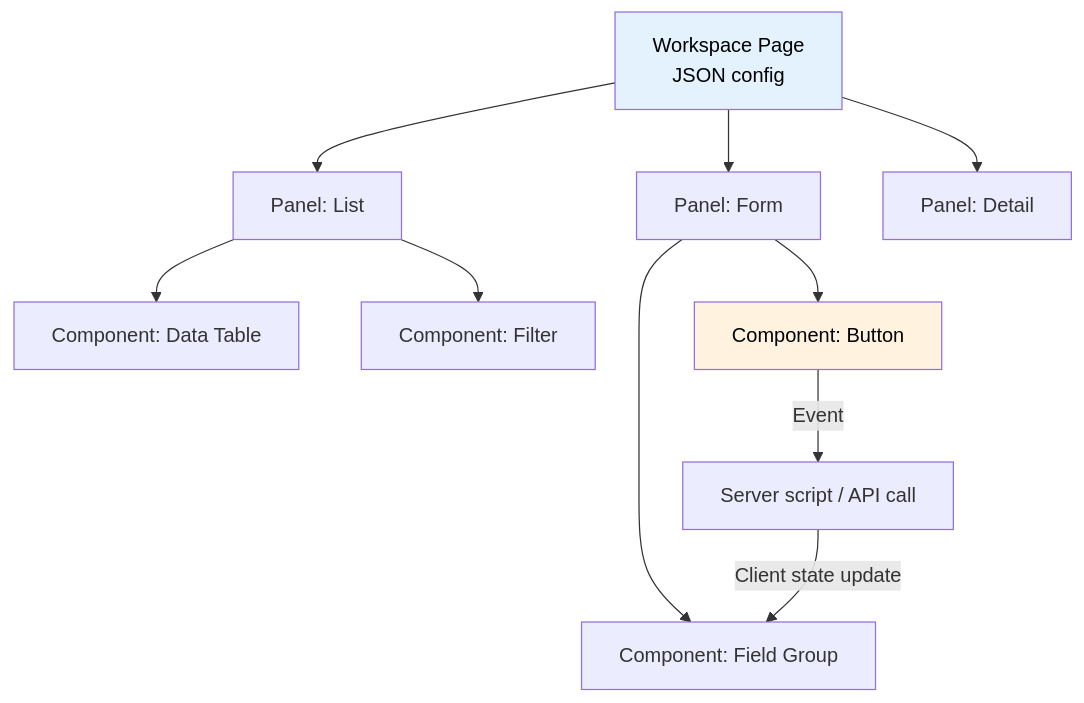
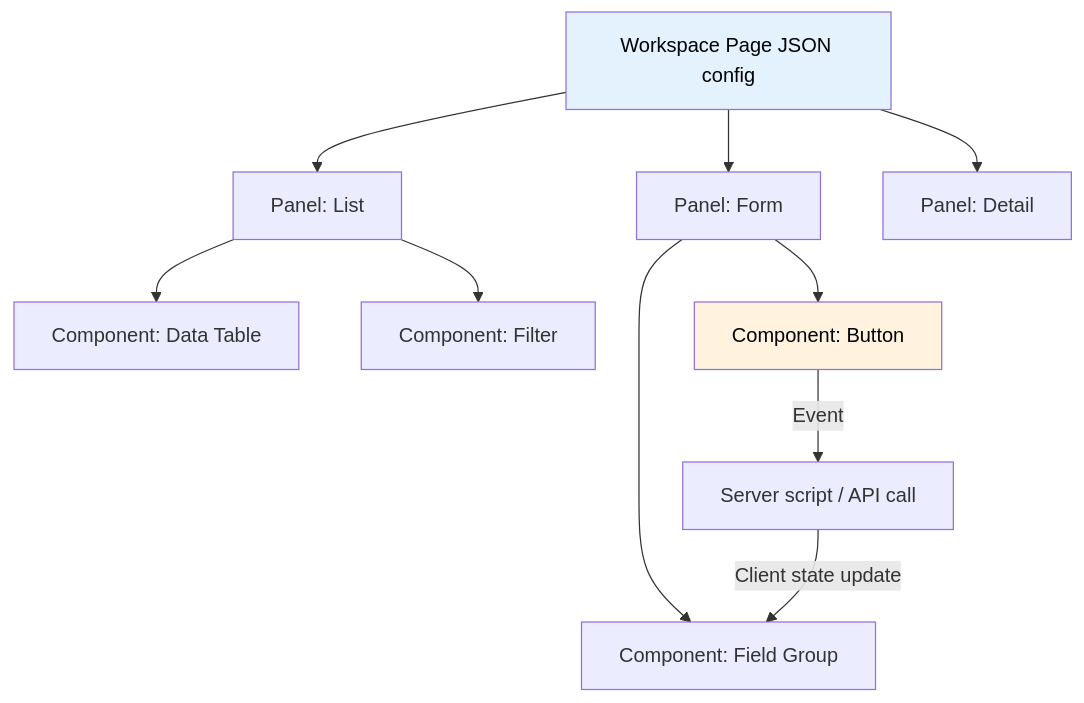
Before and after one commit to eltonaguiar/ServiceNow_Learning_TSOM-_CSM_FSM_SalesCRM_HAM_ITSM: the fourth of 5 diagrams in docs/modules/app-engine/app-engine-guide.md, drawn with Mermaid. The commit also changed other lines of this file and 11 other files, not shown here.

First line of the commit message:
Fix all mermaid diagrams: remove br/ tags that break rendering on GitHub Pages

````diff
--- a/docs/modules/app-engine/app-engine-guide.md
+++ b/docs/modules/app-engine/app-engine-guide.md
@@ -241,17 +241,17 @@
 ```mermaid
 graph TD
-    Page[Workspace Page<br/>JSON config] --> Panel1[Panel: List]
+    Page[Workspace Page JSON config] --> Panel1[Panel: List]
     Page --> Panel2[Panel: Form]
     Page --> Panel3[Panel: Detail]
 
     Panel1 --> Comp1[Component: Data Table]
     Panel1 --> Comp2[Component: Filter]
 
     Panel2 --> Comp3[Component: Field Group]
     Panel2 --> Comp4[Component: Button]
     Comp4 -->|Event| Server[Server script / API call]
     Server -->|Client state update| Comp3
 
     style Page fill:#e3f2fd,color:#000
     style Comp4 fill:#fff3e0,color:#000
 ```
````
